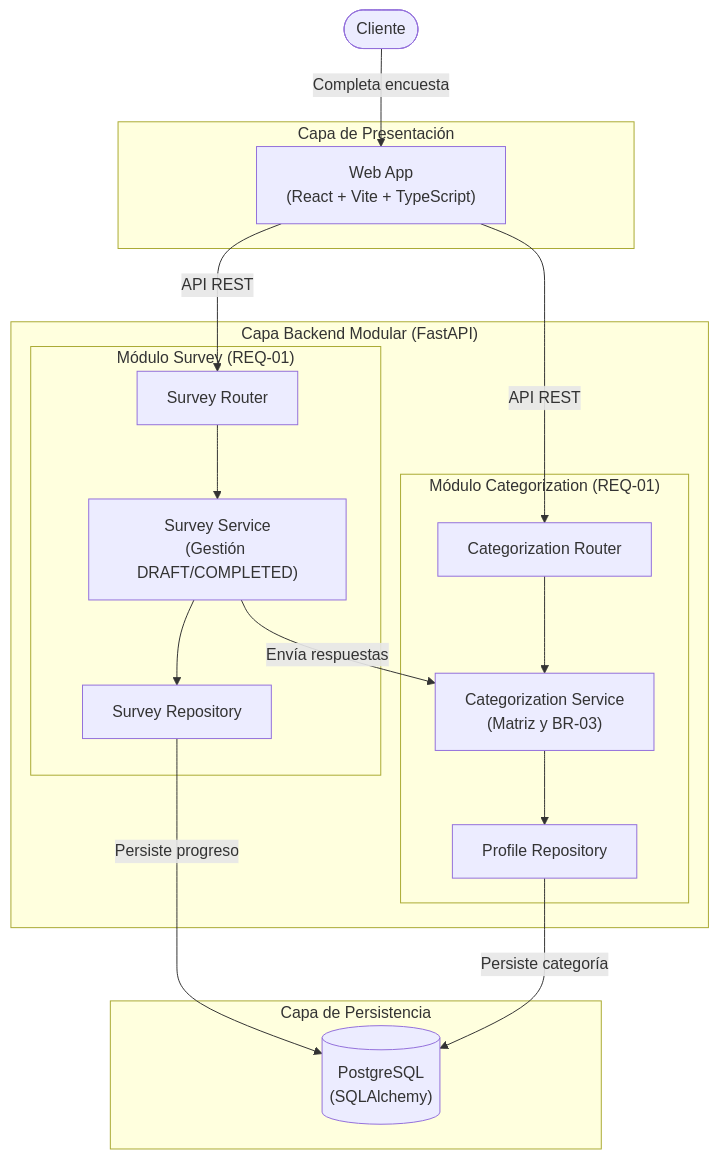
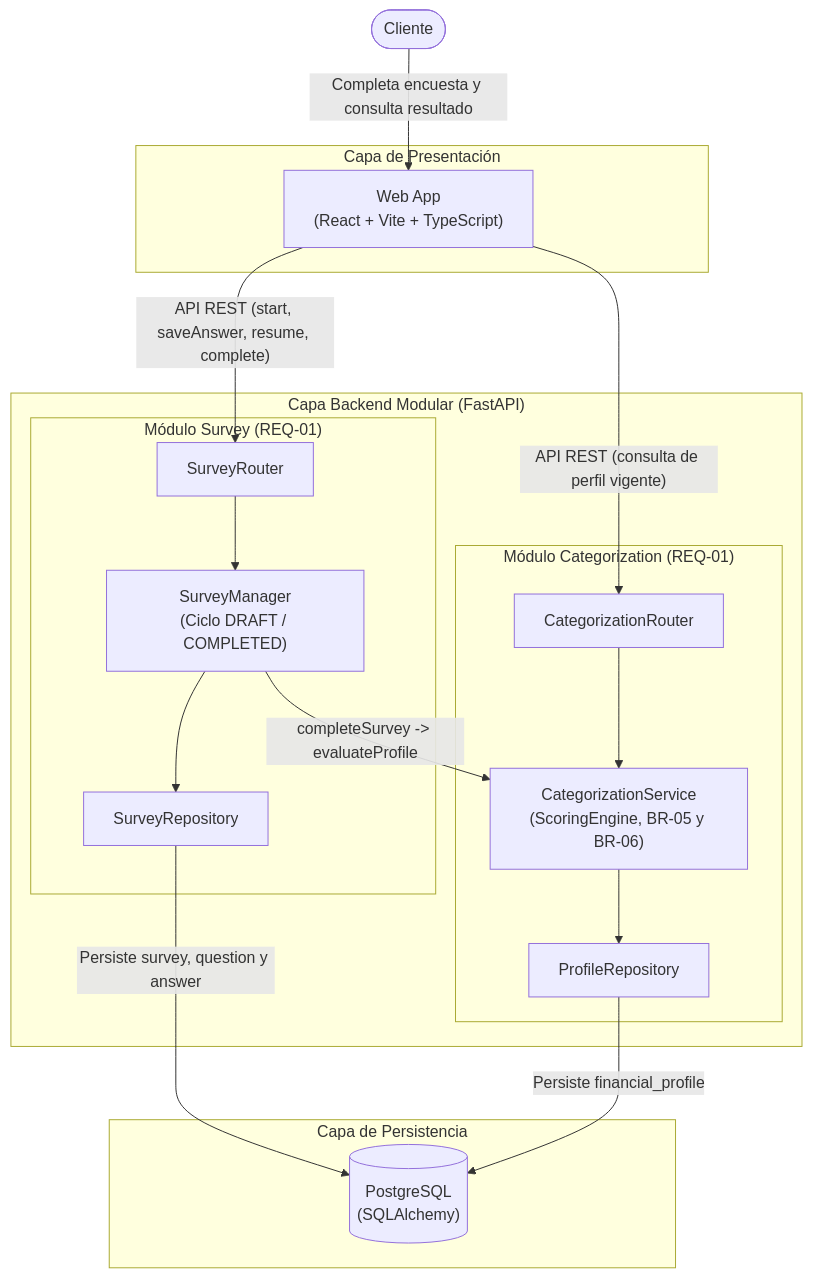
The first of 3 diagrams in docs/design/01_Architectural_and_Detailed_Design.md (juacortesva/Grupo-5-Finanzas-Ingesoft_I_UN_2026-II), drawn with Mermaid before and after one commit. The commit also changed other lines of this file and 5 other files, not shown here.

````diff
--- a/docs/design/01_Architectural_and_Detailed_Design.md
+++ b/docs/design/01_Architectural_and_Detailed_Design.md
@@ -40,35 +40,35 @@
 ```mermaid
 flowchart TD
     Cliente([Cliente])
 
     subgraph Frontend ["Capa de Presentación"]
         WebApp["Web App<br/>(React + Vite + TypeScript)"]
     end
 
     subgraph Backend ["Capa Backend Modular (FastAPI)"]
         subgraph ModSurvey ["Módulo Survey (REQ-01)"]
-            SR["Survey Router"]
-            SS["Survey Service<br/>(Gestión DRAFT/COMPLETED)"]
-            SRR["Survey Repository"]
+            SR["SurveyRouter"]
+            SS["SurveyManager<br/>(Ciclo DRAFT / COMPLETED)"]
+            SRR["SurveyRepository"]
             SR --> SS --> SRR
         end
 
         subgraph ModCat ["Módulo Categorization (REQ-01)"]
-            CR["Categorization Router"]
-            CS["Categorization Service<br/>(Matriz y BR-03)"]
-            PR["Profile Repository"]
+            CR["CategorizationRouter"]
+            CS["CategorizationService<br/>(ScoringEngine, BR-05 y BR-06)"]
+            PR["ProfileRepository"]
             CR --> CS --> PR
         end
-        SS -->|"Envía respuestas"| CS
+        SS -->|"completeSurvey -> evaluateProfile"| CS
     end
 
     subgraph Data ["Capa de Persistencia"]
         DB[("PostgreSQL<br/>(SQLAlchemy)")]
     end
 
-    Cliente -->|"Completa encuesta"| WebApp
-    WebApp -->|"API REST"| SR
-    WebApp -->|"API REST"| CR
-    SRR -->|"Persiste progreso"| DB
-    PR -->|"Persiste categoría"| DB
+    Cliente -->|"Completa encuesta y consulta resultado"| WebApp
+    WebApp -->|"API REST (start, saveAnswer, resume, complete)"| SR
+    WebApp -->|"API REST (consulta de perfil vigente)"| CR
+    SRR -->|"Persiste survey, question y answer"| DB
+    PR -->|"Persiste financial_profile"| DB
 ```
````
